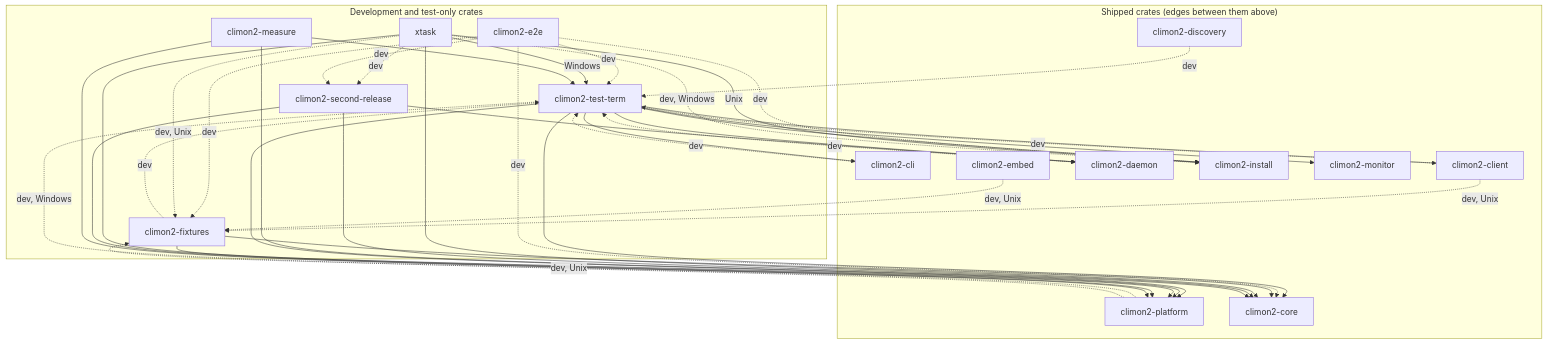
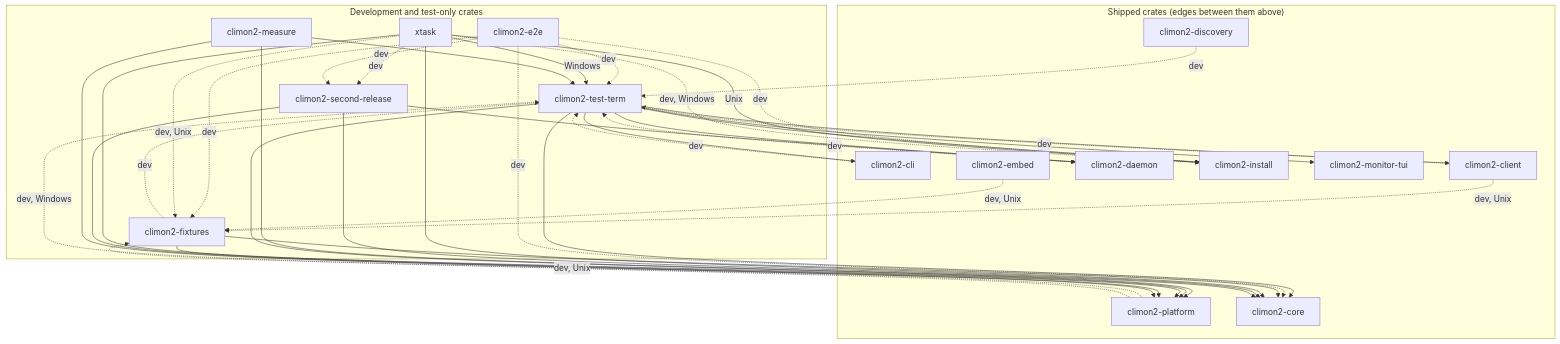
The third of 3 diagrams in docs/for-humans/architecture/crate-relationships.md (jackgeek/climon2), drawn with Mermaid before and after one commit. The commit also changed other lines of this file and 7 other files, not shown here.

````diff
--- a/docs/for-humans/architecture/crate-relationships.md
+++ b/docs/for-humans/architecture/crate-relationships.md
@@ -126,60 +120,60 @@
 ```mermaid
 flowchart TB
     subgraph development["Development and test-only crates"]
         test_term["climon2-test-term"]
         e2e["climon2-e2e"]
         fixtures["climon2-fixtures"]
         xtask["xtask"]
         second["climon2-second-release"]
         measure["climon2-measure"]
     end
 
     subgraph shipped["Shipped crates (edges between them above)"]
         cli["climon2-cli"]
         discovery["climon2-discovery"]
         client["climon2-client"]
         daemon["climon2-daemon"]
         install["climon2-install"]
-        monitor["climon2-monitor"]
+        tui["climon2-monitor-tui"]
         embed["climon2-embed"]
         platform["climon2-platform"]
         core["climon2-core"]
     end
 
     cli -.->|"dev"| test_term
     discovery -.->|"dev"| test_term
     client -.->|"dev"| test_term
     daemon -.->|"dev"| test_term
     test_term --> cli
     test_term --> client
     test_term --> core
     test_term --> daemon
     test_term --> install
-    test_term --> monitor
+    test_term --> tui
     test_term --> platform
     e2e -.->|"dev"| core
     e2e -.->|"dev"| fixtures
     e2e -.->|"dev"| install
     e2e -.->|"dev"| test_term
     fixtures --> core
     fixtures --> platform
     fixtures -.->|"dev"| test_term
     platform -.->|"dev, Unix"| fixtures
     platform -.->|"dev, Windows"| test_term
     client -.->|"dev, Unix"| fixtures
     embed -.->|"dev, Unix"| fixtures
     xtask --> core
     xtask -->|"Unix"| install
     xtask -.->|"dev, Windows"| install
     xtask -->|"Windows"| test_term
     xtask --> platform
     xtask -.->|"dev, Unix"| fixtures
     xtask -.->|"dev"| second
     e2e -.->|"dev"| second
     second --> core
     second --> daemon
     second --> platform
     measure --> core
     measure --> platform
     measure --> test_term
 ```
````
